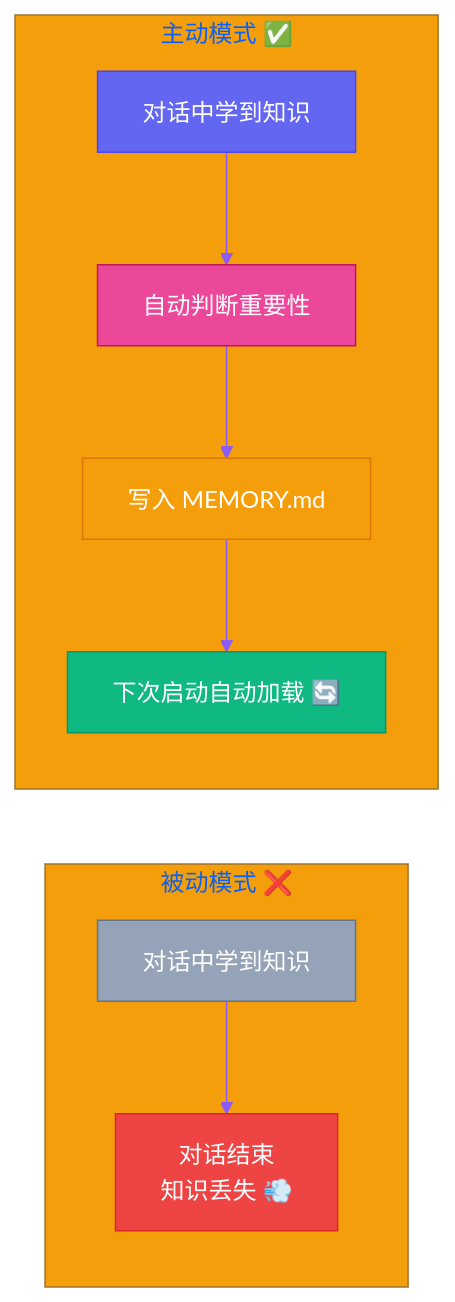
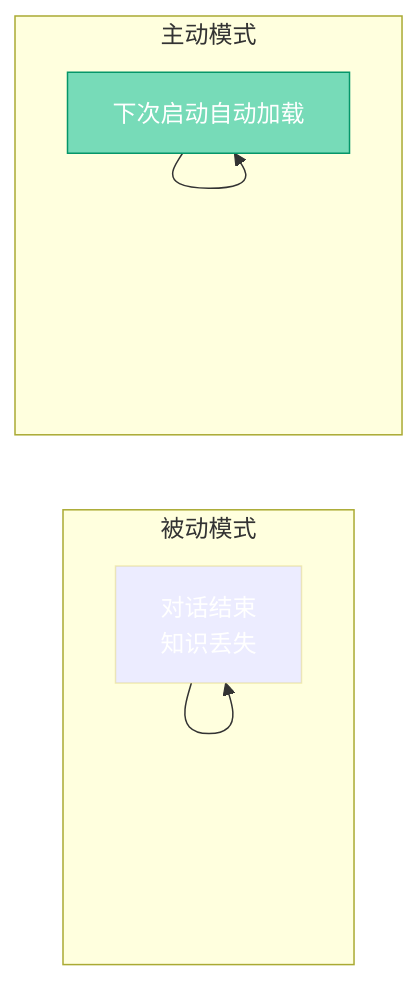
Before and after one commit to VokoForge/ai-prism: the second of 2 diagrams in posts/yason-and-roberts/zh/ch04.md, drawn with Mermaid. The commit also changed other lines of this file and 31 other files, not shown here.

First line of the commit message:
✨ Rewrite all articles: hook titles, Mermaid diagrams, engaging style

````diff
--- a/posts/yason-and-roberts/zh/ch04.md
+++ b/posts/yason-and-roberts/zh/ch04.md
@@ -95,20 +94,19 @@
 ```mermaid
-%%{init: {'theme': 'base', 'themeVariables': {'primaryColor': '#6366f1','primaryTextColor': '#fff','primaryBorderColor': '#4f46e5','lineColor': '#8b5cf6','secondaryColor': '#ec4899','tertiaryColor': '#f59e0b'}}}%%
 graph LR
-    subgraph "被动模式 ❌"
-        P1[对话中学到知识] --> P2[对话结束<br>知识丢失 💨]
+    subgraph "被动模式"
+        P[对话中学到知识] --> P[对话结束<br>知识丢失 ]
     end
 
-    subgraph "主动模式 ✅"
-        A1[对话中学到知识] --> A2[自动判断重要性]
-        A2 --> A3[写入 MEMORY.md]
-        A3 --> A4[下次启动自动加载 🔄]
+    subgraph "主动模式"
+        A[对话中学到知识] --> A[自动判断重要性]
+        A --> A[写入 MEMORY.md]
+        A --> A[下次启动自动加载 ]
     end
 
-    style P1 fill:#94a3b8,stroke:#64748b,color:#fff
-    style P2 fill:#ef4444,stroke:#dc2626,color:#fff
-    style A1 fill:#6366f1,stroke:#4f46e5,color:#fff
-    style A2 fill:#ec4899,stroke:#be185d,color:#fff
-    style A3 fill:#f59e0b,stroke:#d97706,color:#fff
-    style A4 fill:#10b981,stroke:#059669,color:#fff
+    style P fill:#9ab8,stroke:#678b,color:#fff
+    style P fill:#ef,stroke:#dc66,color:#fff
+    style A fill:#666f,stroke:#f6e5,color:#fff
+    style A fill:#ec899,stroke:#be85d,color:#fff
+    style A fill:#f59e0b,stroke:#d97706,color:#fff
+    style A fill:#0b98,stroke:#059669,color:#fff
 ```
````
